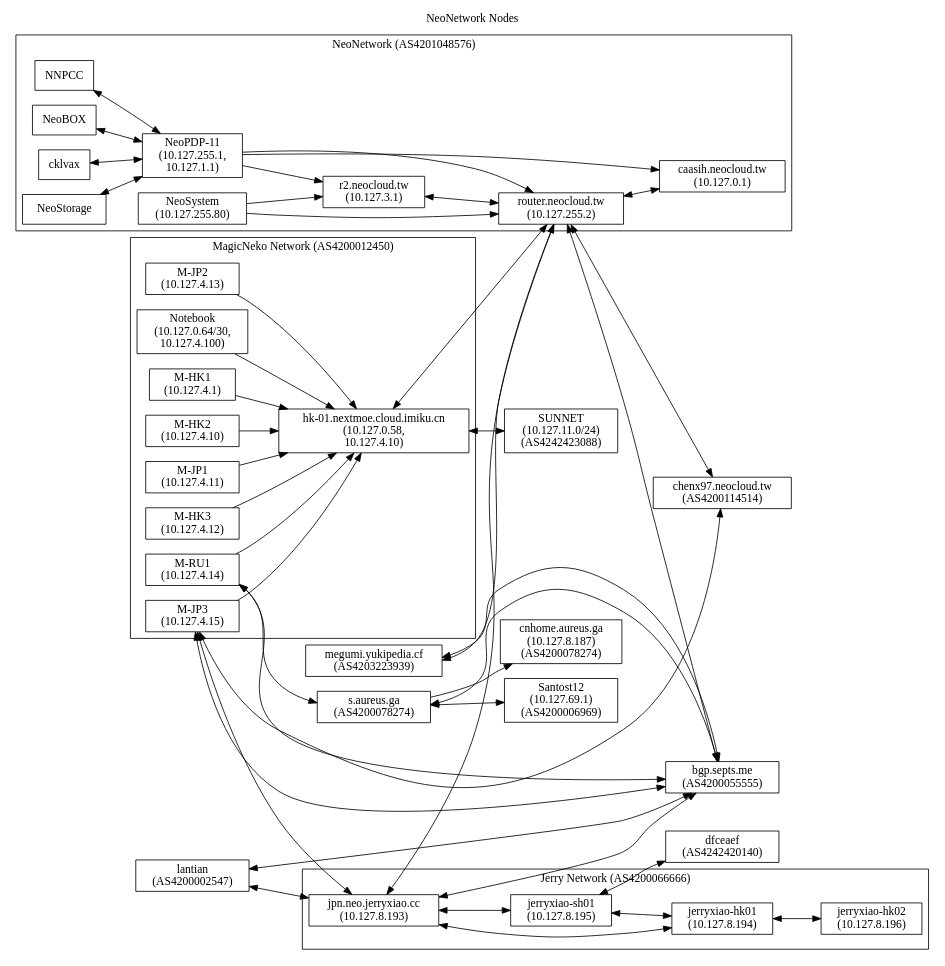
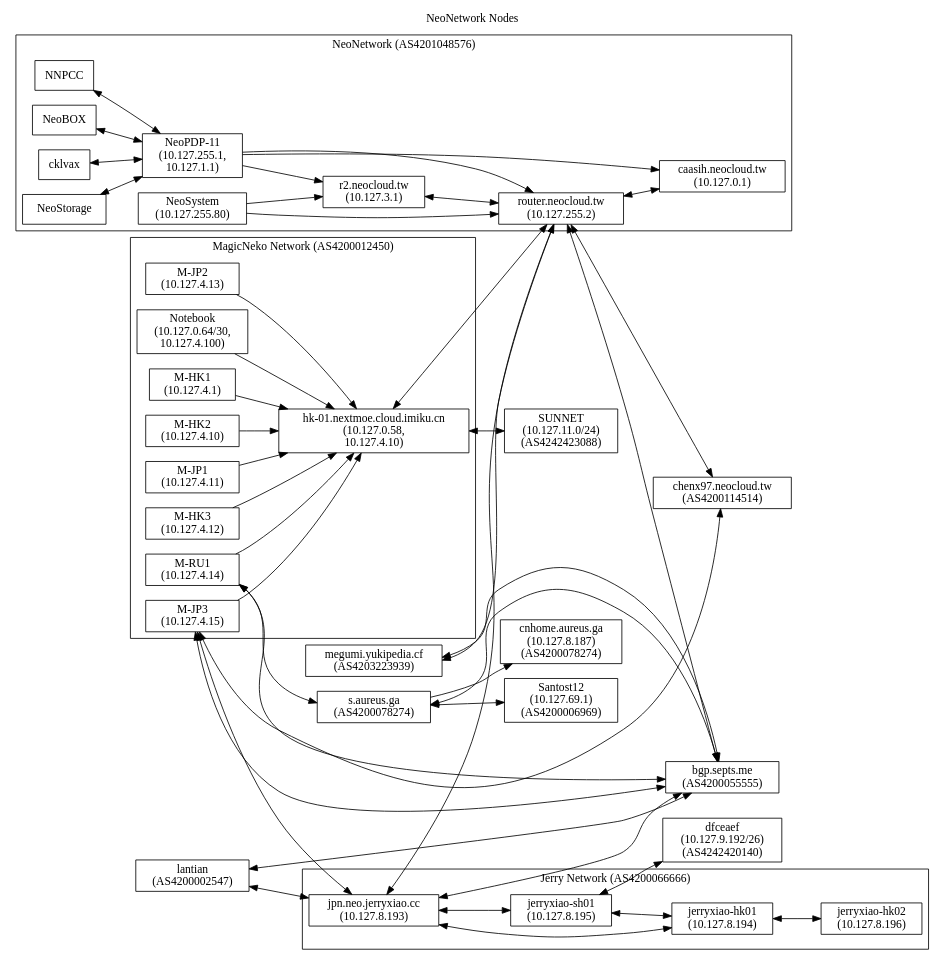
Before and after one commit to NeoCloud/NeoNetwork: the diagram in nodes.dot, drawn with Graphviz. The commit also changed 2 other files, not shown here.

```diff
--- a/nodes.dot
+++ b/nodes.dot
@@ -1,95 +1,95 @@
 digraph "NeoNetwork Nodes"
 {
 	label="NeoNetwork Nodes";
 	labelloc="t";
 	rankdir=LR;
 	node [shape=box]
 	c [label="caasih.neocloud.tw\n(10.127.0.1)"]
 	ucbvax [label="router.neocloud.tw\n(10.127.255.2)"]
 	np11 [label="NeoPDP-11\n(10.127.255.1,\n10.127.1.1)"]
 	ns [label="NeoSystem\n(10.127.255.80)"]
 	megumiLHS [label="megumi.yukipedia.cf\n(AS4203223939)"]
 	pan [label="r2.neocloud.tw\n(10.127.3.1)"]
 	icecat_Explosion [label="hk-01.nextmoe.cloud.imiku.cn\n(10.127.0.58,\n10.127.4.10)"]
 	icecat_Notebook [label="Notebook\n(10.127.0.64/30,\n10.127.4.100)"]
 	magicneko_HK01 [label="M-HK1\n(10.127.4.1)"]
 	magicneko_HK02 [label="M-HK2\n(10.127.4.10)"]
 	magicneko_JP01 [label="M-JP1\n(10.127.4.11)"]
 	magicneko_HK03 [label="M-HK3\n(10.127.4.12)"]
 	magicneko_JP02 [label="M-JP2\n(10.127.4.13)"]
 	magicneko_RU01 [label="M-RU1\n(10.127.4.14)"]
 	magicneko_JP03 [label="M-JP3\n(10.127.4.15)"]
 	staph [label="s.aureus.ga\n(AS4200078274)"]
 	staph_CN [label="cnhome.aureus.ga\n(10.127.8.187)\n(AS4200078274)"]
 	chenx97 [label="chenx97.neocloud.tw\n(AS4200114514)"]
 	JerryXiao [label="jpn.neo.jerryxiao.cc\n(10.127.8.193)"]
 	JerryXiao_SH01 [label="jerryxiao-sh01\n(10.127.8.195)"]
 	JerryXiao_HK01 [label="jerryxiao-hk01\n(10.127.8.194)"]
 	JerryXiao_HK02 [label="jerryxiao-hk02\n(10.127.8.196)"]
 	septs [label="bgp.septs.me\n(AS4200055555)"]
 	lantian [label="lantian\n(AS4200002547)"]
-	dfceaef [label="dfceaef\n(AS4242420140)"]
+	dfceaef [label="dfceaef\n(10.127.9.192/26)\n(AS4242420140)"]
 	SUNNET [label="SUNNET\n(10.127.11.0/24)\n(AS4242423088)"]
 	santost12 [label="Santost12\n(10.127.69.1)\n(AS4200006969)"]
 	subgraph cluster_AS4201048576
 	{
 		label = "NeoNetwork (AS4201048576)";
 
 		NNPCC -> np11 [dir=both]
 		NeoBOX -> np11 [dir=both]
 		cklvax -> np11 [dir=both]
 		NeoStorage -> np11 [dir=both]
 		np11 -> ucbvax
 		np11 -> pan
 		np11 -> c
 		ucbvax -> c [dir=both]
 		ns -> ucbvax
 		ns -> pan
 		pan -> ucbvax [dir=both]
 	}
 
 	megumiLHS -> ucbvax [dir=both]
 	icecat_Explosion -> ucbvax [dir=both]
 	staph -> staph_CN
 	ucbvax -> chenx97 [dir=both]
 
 	subgraph cluster_AS4200012450
 	{
 		label="MagicNeko Network (AS4200012450)";
 
 		magicneko_HK01-> icecat_Explosion
 		magicneko_HK02-> icecat_Explosion
 		magicneko_JP01 -> icecat_Explosion
 		magicneko_HK03 -> icecat_Explosion
 		magicneko_JP02 -> icecat_Explosion
 		magicneko_RU01 -> icecat_Explosion
 		magicneko_JP03 -> icecat_Explosion
 		icecat_Notebook -> icecat_Explosion
 	}
 
 	subgraph cluster_AS4200066666
 	{
 		label="Jerry Network (AS4200066666)";
 
 		JerryXiao -> JerryXiao_SH01 [dir=both]
 		JerryXiao -> JerryXiao_HK01 [dir=both]
 		JerryXiao_SH01 -> JerryXiao_HK01 [dir=both]
 		JerryXiao_HK01 -> JerryXiao_HK02 [dir=both]
 	}
 
 	JerryXiao -> ucbvax [dir=both]
 	JerryXiao -> septs [dir=both]
 	JerryXiao_SH01 -> dfceaef [dir=both]
 	magicneko_JP03 -> JerryXiao [dir=both]
 	lantian -> septs [dir=both]
 	lantian -> JerryXiao [dir=both]
 	magicneko_JP03 -> septs [dir=both]
 	staph -> septs [dir=both]
 	ucbvax -> septs [dir=both]
 	magicneko_JP03 -> chenx97 [dir=both]
 	magicneko_RU01 -> staph [dir=both]
 	megumiLHS -> septs [dir=both]
 	icecat_Explosion -> SUNNET [dir=both]
 	staph -> santost12 [dir=both]
 	magicneko_RU01 -> septs [dir=both]
 }
```
